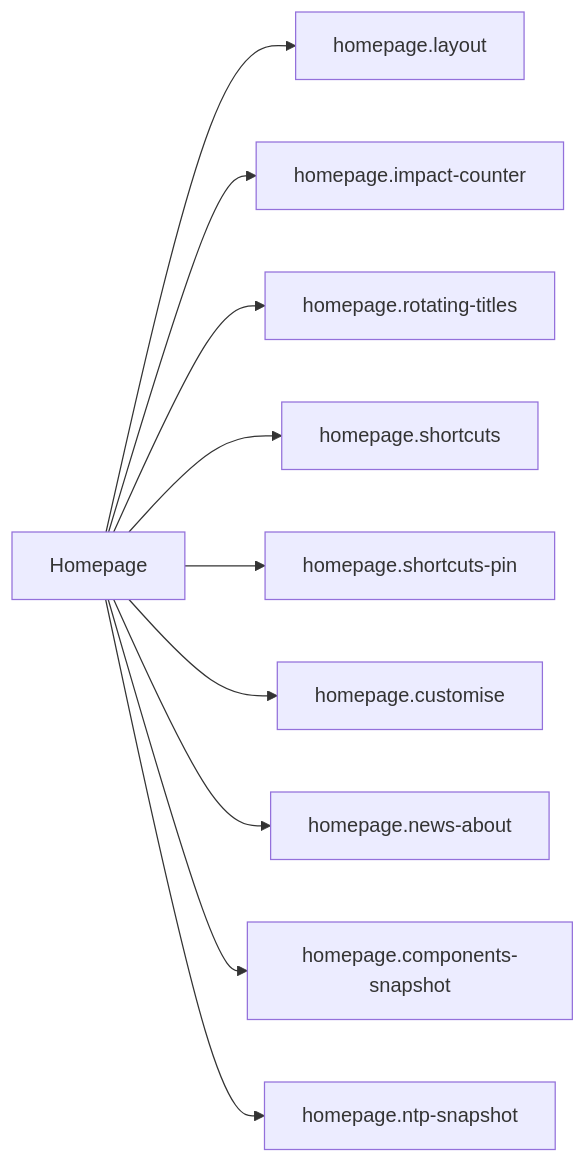
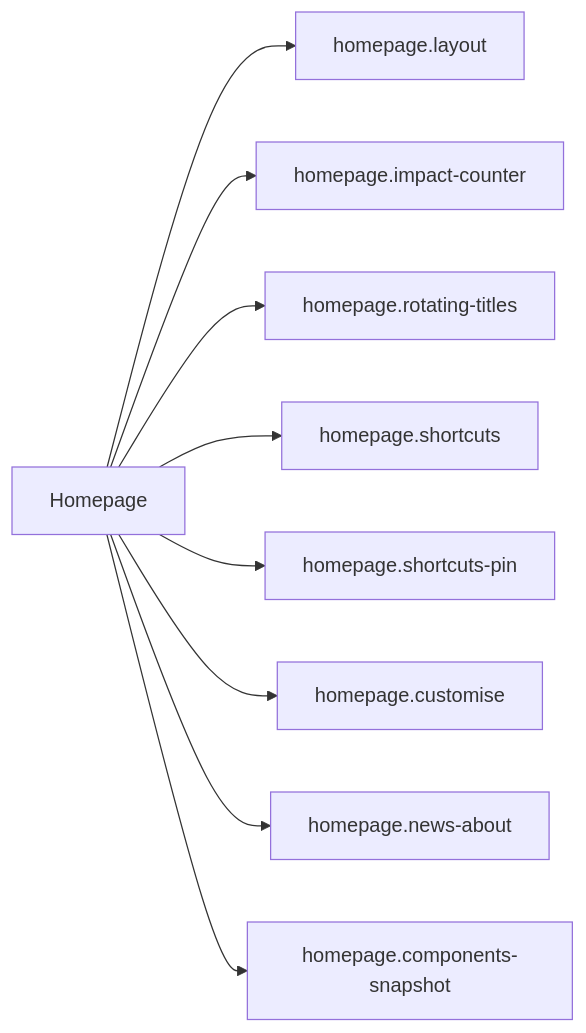
One commit to ecosia/ios-browser changed the diagram in firefox-ios/EcosiaUpgrade/test-plan/areas/homepage.md. Above: the diagram before and after it, drawn with Mermaid. The commit also changed other lines of this file and 8 other files, not shown here.

First line of the commit message:
[MOB-5044] Check that automated tests run and flow ids match their file

````diff
--- a/firefox-ios/EcosiaUpgrade/test-plan/areas/homepage.md
+++ b/firefox-ios/EcosiaUpgrade/test-plan/areas/homepage.md
@@ -15,13 +15,12 @@
 ```mermaid
 flowchart LR
   homepage[Homepage]
   homepage --> homepage.layout
   homepage --> homepage.impact-counter
   homepage --> homepage.rotating-titles
   homepage --> homepage.shortcuts
   homepage --> homepage.shortcuts-pin
   homepage --> homepage.customise
   homepage --> homepage.news-about
   homepage --> homepage.components-snapshot
-  homepage --> homepage.ntp-snapshot
 ```
````
